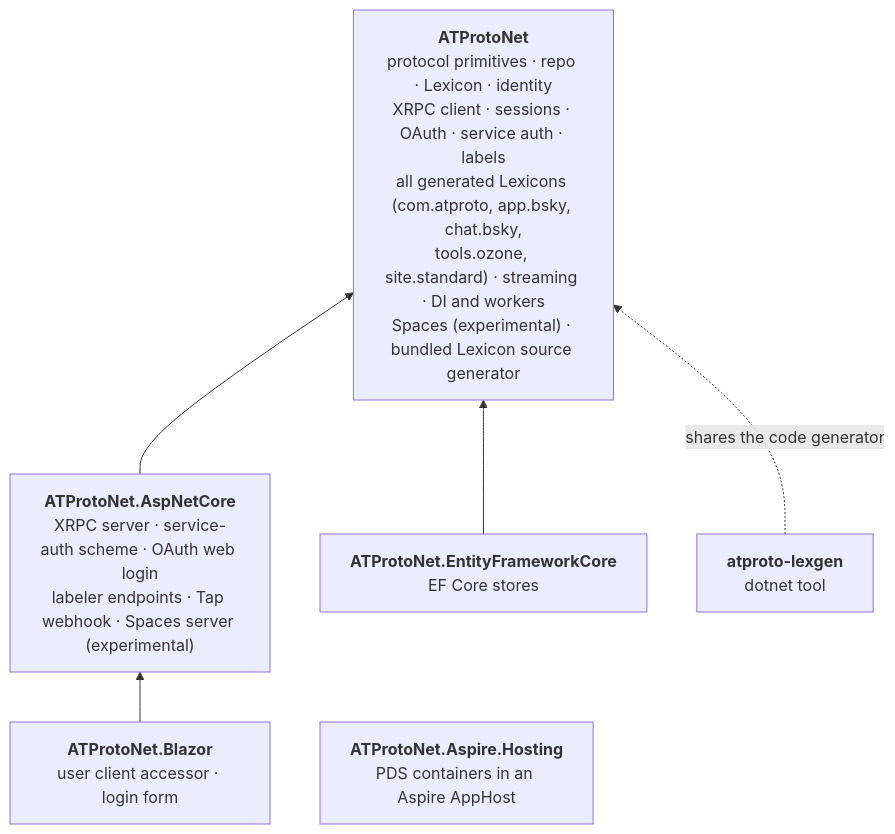
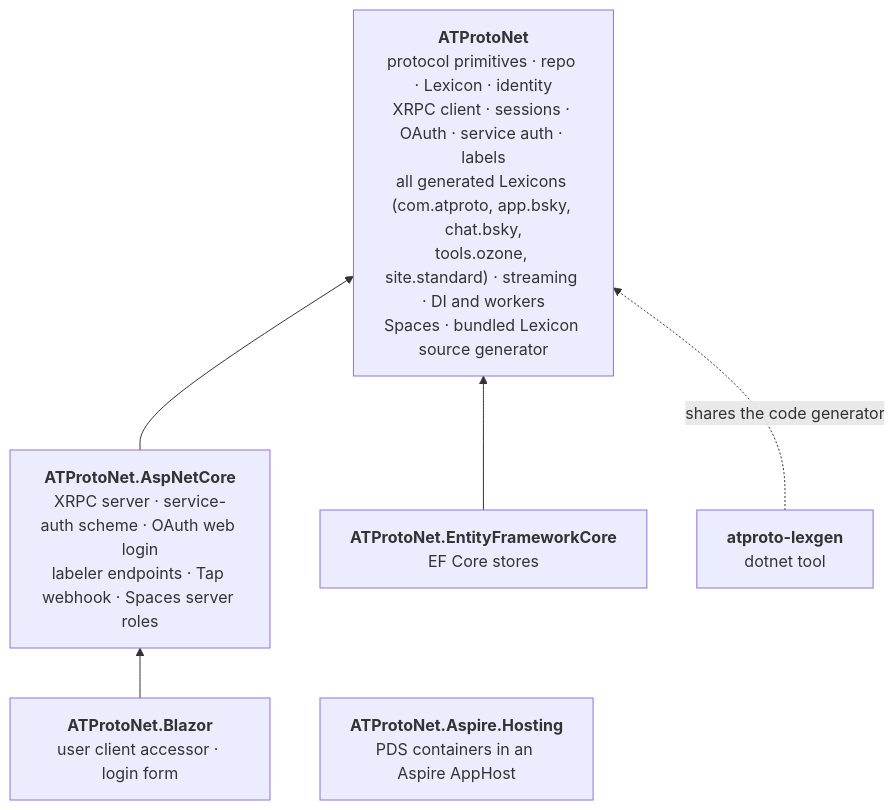
The first of 6 diagrams in design/02-architecture.md (Grandiras/ATProto.NET), drawn with Mermaid before and after one commit. The commit also changed other lines of this file and 8 other files, not shown here.

First line of the commit message:
docs(design): Spaces as a first-class part of the protocol (backbone)

````diff
--- a/design/02-architecture.md
+++ b/design/02-architecture.md
@@ -13,14 +13,14 @@
 ```mermaid
 flowchart BT
-    CORE["<b>ATProtoNet</b><br/>protocol primitives · repo · Lexicon · identity<br/>XRPC client · sessions · OAuth · service auth · labels<br/>all generated Lexicons (com.atproto, app.bsky, chat.bsky,<br/>tools.ozone, site.standard) · streaming · DI and workers<br/>Spaces (experimental) · bundled Lexicon source generator"]
-    ASP["<b>ATProtoNet.AspNetCore</b><br/>XRPC server · service-auth scheme · OAuth web login<br/>labeler endpoints · Tap webhook · Spaces server (experimental)"]
+    CORE["<b>ATProtoNet</b><br/>protocol primitives · repo · Lexicon · identity<br/>XRPC client · sessions · OAuth · service auth · labels<br/>all generated Lexicons (com.atproto, app.bsky, chat.bsky,<br/>tools.ozone, site.standard) · streaming · DI and workers<br/>Spaces · bundled Lexicon source generator"]
+    ASP["<b>ATProtoNet.AspNetCore</b><br/>XRPC server · service-auth scheme · OAuth web login<br/>labeler endpoints · Tap webhook · Spaces server roles"]
     EF["<b>ATProtoNet.EntityFrameworkCore</b><br/>EF Core stores"]
     BZ["<b>ATProtoNet.Blazor</b><br/>user client accessor · login form"]
     ASPIRE["<b>ATProtoNet.Aspire.Hosting</b><br/>PDS containers in an Aspire AppHost"]
     CLI["<b>atproto-lexgen</b><br/>dotnet tool"]
 
     ASP --> CORE
     EF --> CORE
     BZ --> ASP
     CLI -.shares the code generator.-> CORE
 ```
````
